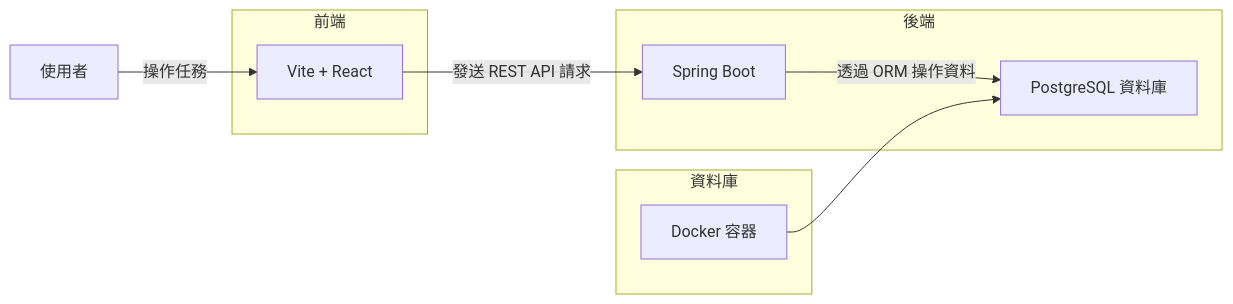
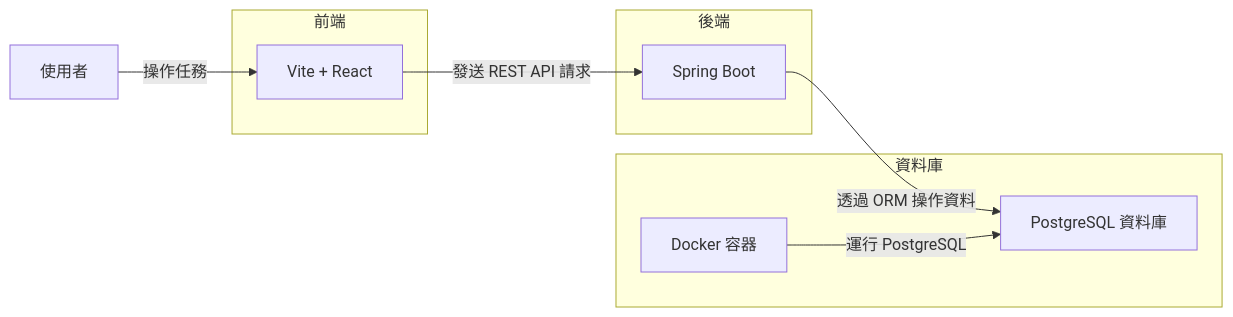
The first of 2 diagrams in README.md (y2kaug27th/Task-Tracking-App), drawn with Mermaid before and after one commit.

````diff
--- a/README.md
+++ b/README.md
@@ -10,18 +10,19 @@
 ```mermaid
 flowchart LR
     User[使用者] -->|操作任務| React[Vite + React]
 
     subgraph Frontend [前端]
         React
     end
 
     subgraph Backend [後端]
         React -->|發送 REST API 請求| SpringBoot[Spring Boot]
-        SpringBoot -->|透過 ORM 操作資料| PostgreSQL[PostgreSQL 資料庫]
+        
     end
 
     subgraph Database [資料庫]
         Docker[Docker 容器]
-        Docker --> PostgreSQL
+        SpringBoot -->|透過 ORM 操作資料| PostgreSQL[PostgreSQL 資料庫]
+        Docker -->|運行 PostgreSQL| PostgreSQL
     end
 ```
````
